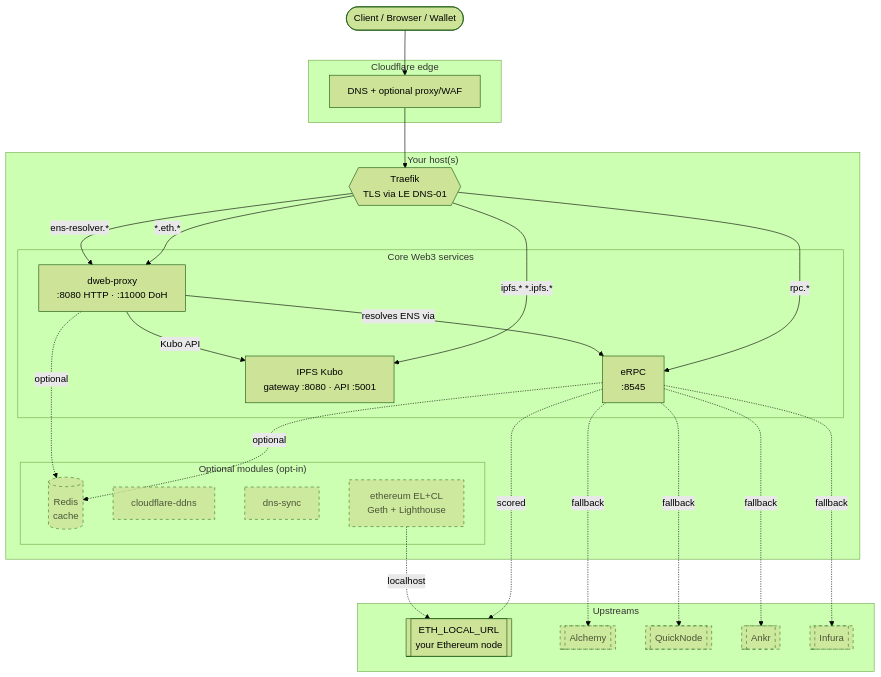
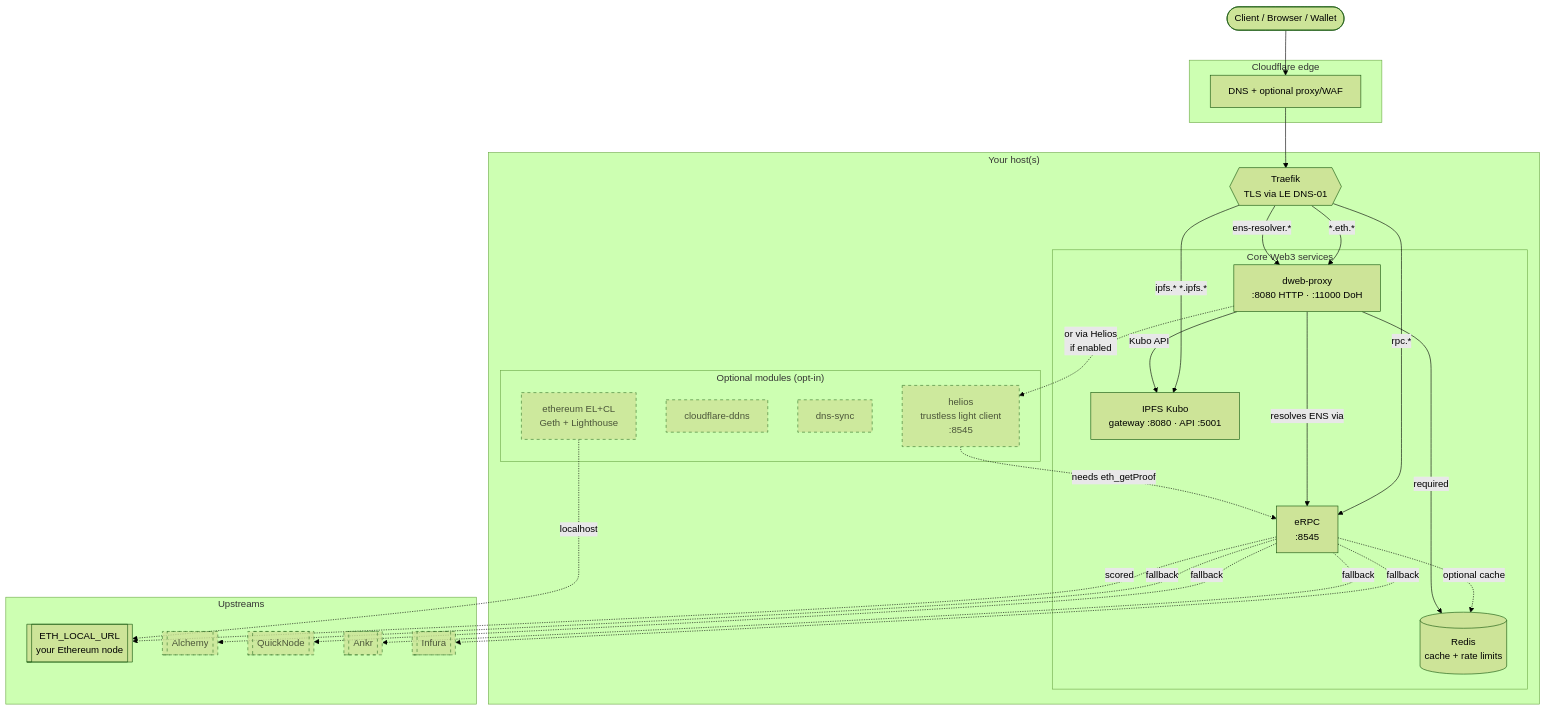
The diagram in docs/diagrams/architecture.mmd (MysticRyuujin/spirens), drawn with Mermaid (forest theme) before and after one commit. The commit also changed 42 other files, not shown here.

```diff
--- a/docs/diagrams/architecture.mmd
+++ b/docs/diagrams/architecture.mmd
@@ -1,56 +1,59 @@
 %% SPIRENS — high-level architecture
 %% Render with: https://mermaid.live  or any Mermaid-aware markdown renderer.
 
 flowchart TB
     client([Client / Browser / Wallet])
 
     subgraph edge ["Cloudflare edge"]
         cf[DNS + optional proxy/WAF]
     end
 
     subgraph host ["Your host(s)"]
         traefik{{Traefik<br/>TLS via LE DNS-01}}
 
         subgraph core ["Core Web3 services"]
             erpc[eRPC<br/>:8545]
             kubo[IPFS Kubo<br/>gateway :8080 · API :5001]
             dweb[dweb-proxy<br/>:8080 HTTP · :11000 DoH]
+            redis[(Redis<br/>cache + rate limits)]
         end
 
         subgraph optional ["Optional modules (opt-in)"]
-            redis[(Redis<br/>cache)]
+            helios[helios<br/>trustless light client<br/>:8545]
             ddns[cloudflare-ddns]
             dnssync[dns-sync]
             ethnode[ethereum EL+CL<br/>Geth + Lighthouse]
         end
     end
 
     subgraph upstreams ["Upstreams"]
         localnode[[ETH_LOCAL_URL<br/>your Ethereum node]]
         alchemy[[Alchemy]]
         quicknode[[QuickNode]]
         ankr[[Ankr]]
         infura[[Infura]]
     end
 
     client --> cf --> traefik
     traefik -->|rpc.*| erpc
     traefik -->|ipfs.*  *.ipfs.*| kubo
     traefik -->|*.eth.*| dweb
     traefik -->|ens-resolver.*| dweb
 
     erpc -.->|scored| localnode
     erpc -.->|fallback| alchemy
     erpc -.->|fallback| quicknode
     erpc -.->|fallback| ankr
     erpc -.->|fallback| infura
-    erpc -.->|optional| redis
+    erpc -.->|optional cache| redis
 
     dweb -->|resolves ENS via| erpc
+    dweb -.->|or via Helios<br/>if enabled| helios
+    helios -.->|needs eth_getProof| erpc
     dweb -->|Kubo API| kubo
-    dweb -.->|optional| redis
+    dweb -->|required| redis
 
     ethnode -.->|localhost| localnode
 
     classDef optdim stroke-dasharray: 5 5,opacity:0.8
-    class redis,ddns,dnssync,ethnode,alchemy,quicknode,ankr,infura optdim
+    class helios,ddns,dnssync,ethnode,alchemy,quicknode,ankr,infura optdim
```
